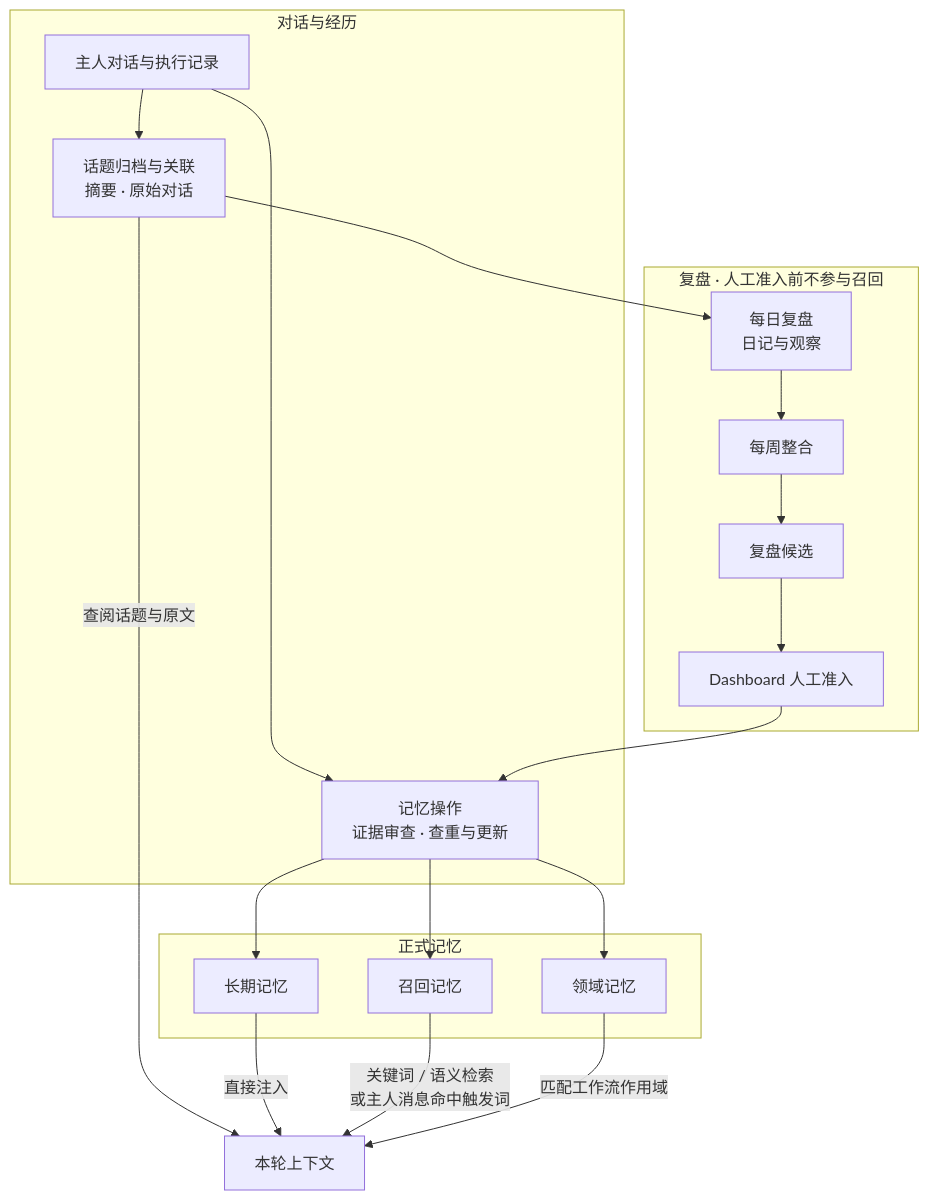
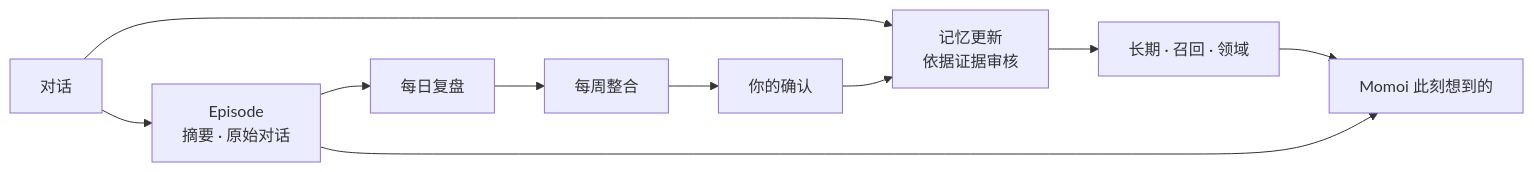
One commit to RicterZ/Momoi changed the second of 2 diagrams in README.zh-CN.md. Above: the diagram before and after it, drawn with Mermaid. The commit also changed other lines of this file and 1 other file, not shown here.

````diff
--- a/README.zh-CN.md
+++ b/README.zh-CN.md
@@ -140,29 +88,10 @@
 ```mermaid
-flowchart TB
-  subgraph history["对话与经历"]
-    dialogue["主人对话与执行记录"] --> topics["话题归档与关联<br/>摘要 · 原始对话"]
-    dialogue --> writing["记忆操作<br/>证据审查 · 查重与更新"]
-  end
-
-  subgraph reflection["复盘 · 人工准入前不参与召回"]
-    daily["每日复盘<br/>日记与观察"] --> weekly["每周整合"]
-    weekly --> candidates["复盘候选"]
-    candidates --> admission["Dashboard 人工准入"]
-  end
-
-  subgraph memory["正式记忆"]
-    core["长期记忆"]
-    recall["召回记忆"]
-    scoped["领域记忆"]
-  end
-
-  topics --> daily
-  writing --> core
-  writing --> recall
-  writing --> scoped
-  admission --> writing
-  topics -->|"查阅话题与原文"| context["本轮上下文"]
-  core -->|"直接注入"| context
-  recall -->|"关键词 / 语义检索<br/>或主人消息命中触发词"| context
-  scoped -->|"匹配工作流作用域"| context
+flowchart LR
+  talk["对话"] --> episodes["Episode<br/>摘要 · 原始对话"]
+  talk --> write["记忆更新<br/>依据证据审核"]
+  episodes --> daily["每日复盘"] --> weekly["每周整合"] --> approve["你的确认"]
+  approve --> write
+  write --> mem["长期 · 召回 · 领域"]
+  mem --> context["Momoi 此刻想到的"]
+  episodes --> context
 ```
````
